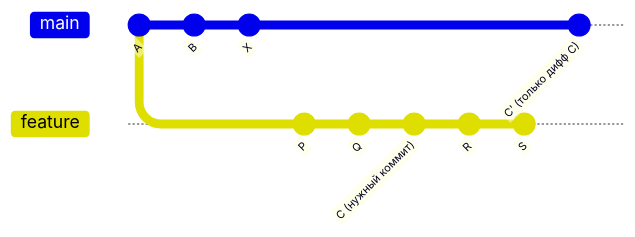
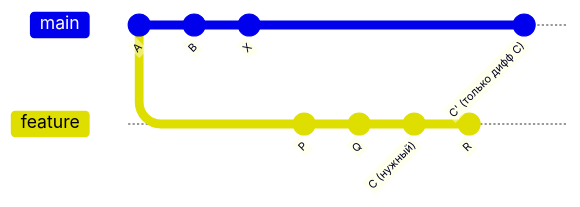
One commit to bogdan111305/java-senior-roadmap changed the third of 3 diagrams in kb/01-fundamentals/04-git.md. Above: the diagram before and after it, drawn with Mermaid. The commit also changed other lines of this file and 64 other files, not shown here.

````diff
--- a/kb/01-fundamentals/04-git.md
+++ b/kb/01-fundamentals/04-git.md
@@ -115,16 +163,15 @@
 ```mermaid
 gitGraph
    commit id: "A"
    branch feature
    checkout main
    commit id: "B"
    commit id: "X"
    checkout feature
    commit id: "P"
    commit id: "Q"
-   commit id: "C (нужный коммит)"
+   commit id: "C (нужный)"
    commit id: "R"
-   commit id: "S"
    checkout main
    commit id: "C' (только дифф C)"
 ```
````
